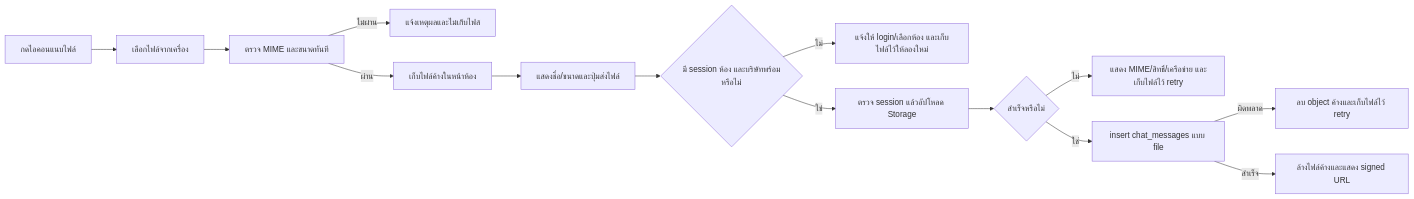
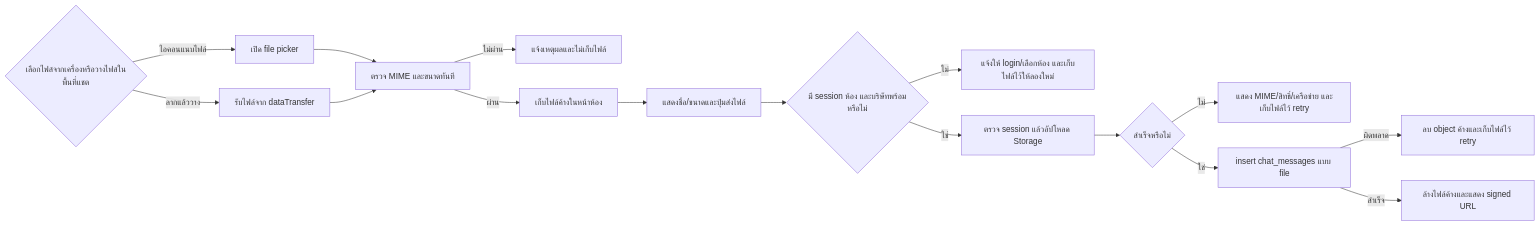
The ninth of 10 diagrams in docs/CHAT_ATTENDANCE_BRIDGE_FLOW.md (paramonjong-afk/WisdomAI), drawn with Mermaid before and after one commit. The commit also changed other lines of this file and 5 other files, not shown here.

````diff
--- a/docs/CHAT_ATTENDANCE_BRIDGE_FLOW.md
+++ b/docs/CHAT_ATTENDANCE_BRIDGE_FLOW.md
@@ -291,16 +291,18 @@
 ```mermaid
 flowchart LR
-  A[กดไอคอนแนบไฟล์] --> B[เลือกไฟล์จากเครื่อง]
-  B --> C[ตรวจ MIME และขนาดทันที]
-  C -->|ไม่ผ่าน| D[แจ้งเหตุผลและไม่เก็บไฟล์]
-  C -->|ผ่าน| E[เก็บไฟล์ค้างในหน้าห้อง]
-  E --> F[แสดงชื่อ/ขนาดและปุ่มส่งไฟล์]
-  F --> G{มี session ห้อง และบริษัทพร้อมหรือไม่}
-  G -->|ไม่| H[แจ้งให้ login/เลือกห้อง และเก็บไฟล์ไว้ให้ลองใหม่]
-  G -->|ใช่| I[ตรวจ session แล้วอัปโหลด Storage]
-  I --> J{สำเร็จหรือไม่}
-  J -->|ไม่| K[แสดง MIME/สิทธิ์/เครือข่าย และเก็บไฟล์ไว้ retry]
-  J -->|ใช่| L[insert chat_messages แบบ file]
-  L -->|ผิดพลาด| M[ลบ object ค้างและเก็บไฟล์ไว้ retry]
-  L -->|สำเร็จ| N[ล้างไฟล์ค้างและแสดง signed URL]
+  A{เลือกไฟล์จากเครื่องหรือวางไฟล์ในพื้นที่แชต} -->|ไอคอนแนบไฟล์| B[เปิด file picker]
+  A -->|ลากแล้ววาง| C[รับไฟล์จาก dataTransfer]
+  B --> D[ตรวจ MIME และขนาดทันที]
+  C --> D
+  D -->|ไม่ผ่าน| E[แจ้งเหตุผลและไม่เก็บไฟล์]
+  D -->|ผ่าน| F[เก็บไฟล์ค้างในหน้าห้อง]
+  F --> G[แสดงชื่อ/ขนาดและปุ่มส่งไฟล์]
+  G --> H{มี session ห้อง และบริษัทพร้อมหรือไม่}
+  H -->|ไม่| I[แจ้งให้ login/เลือกห้อง และเก็บไฟล์ไว้ให้ลองใหม่]
+  H -->|ใช่| J[ตรวจ session แล้วอัปโหลด Storage]
+  J --> K{สำเร็จหรือไม่}
+  K -->|ไม่| L[แสดง MIME/สิทธิ์/เครือข่าย และเก็บไฟล์ไว้ retry]
+  K -->|ใช่| M[insert chat_messages แบบ file]
+  M -->|ผิดพลาด| N[ลบ object ค้างและเก็บไฟล์ไว้ retry]
+  M -->|สำเร็จ| O[ล้างไฟล์ค้างและแสดง signed URL]
 ```
````
